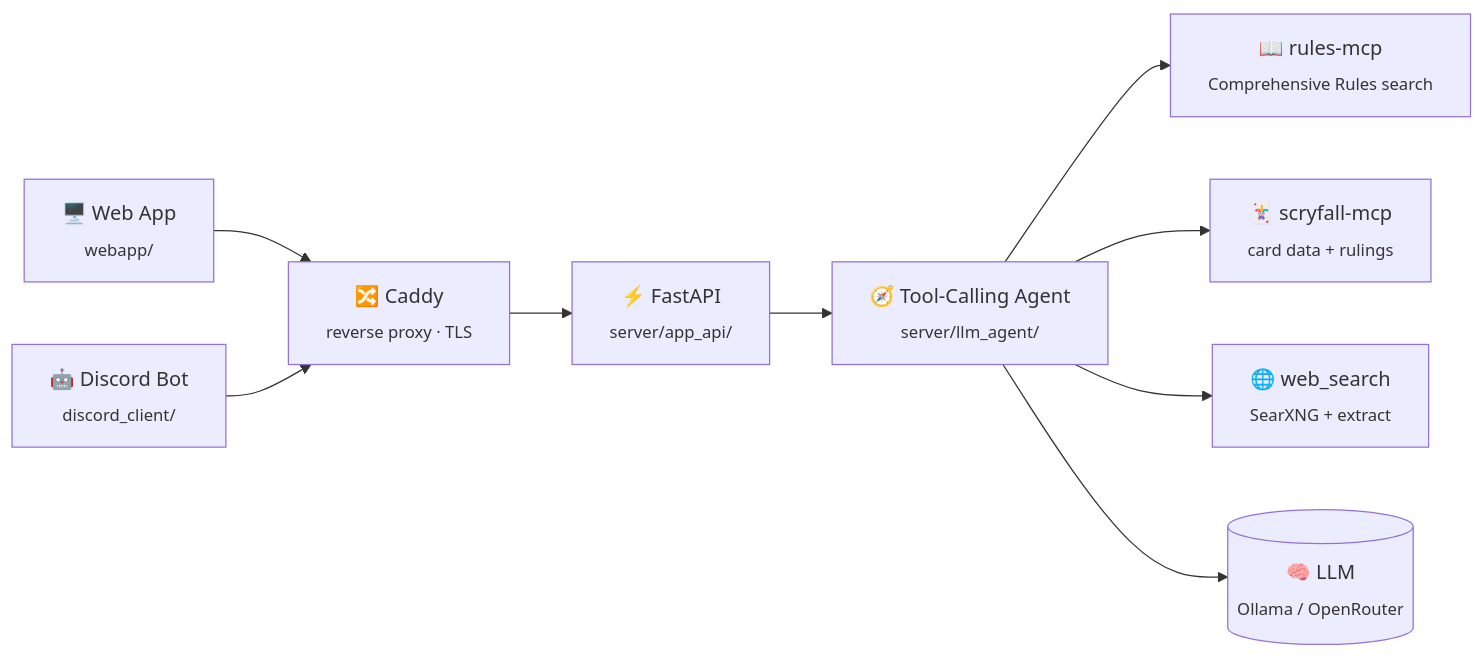
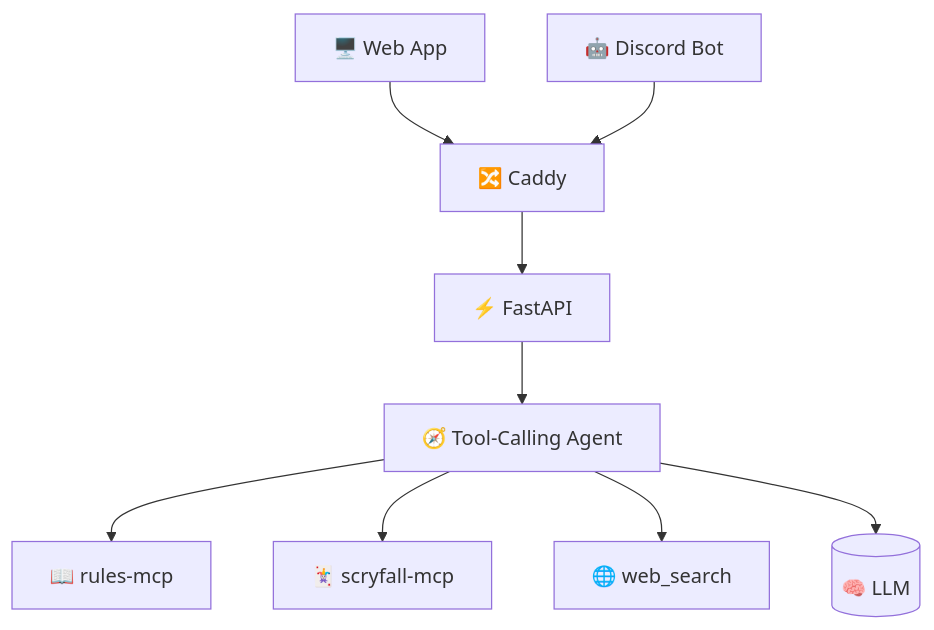
The diagram in README.md (Delta-43/mtg-rules-agent), drawn with Mermaid before and after one commit. The commit also changed other lines of this file, not shown here.

Commit message:
README: simplify architecture diagram to fit without GitHub's overflow controls
The left-to-right layout with long <br/>-separated path sub-labels in
every node made the diagram wider than GitHub's rendered container,
triggering its overflow pan/zoom overlay (drag arrows, zoom +/-, fit-to-
screen) on top of the diagram by default -- and even with that overlay,
the rightmost/bottommost boxes were still clipped.

Switched to a top-down layout with short, single-line node labels (no
sub-text) -- eight compact boxes now render within the normal container
width, so GitHub doesn't need to show the overlay at all. The module
paths that used to live inside each node (webapp/, server/app_api/, etc.)
moved into the paragraph right below the diagram instead, so the mapping
is still spelled out, just not competing for space inside the diagram
itself.

Claude-Session: https://claude.ai/code/session_011zs4diYhAUnTpsjSJZQJfz

````diff
--- a/README.md
+++ b/README.md
@@ -63,17 +63,11 @@
 ```mermaid
-flowchart LR
-    PWA["🖥️ Web App<br/><sub>webapp/</sub>"]
-    Bot["🤖 Discord Bot<br/><sub>discord_client/</sub>"]
-
-    PWA --> Caddy
-    Bot --> Caddy
-    Caddy["🔀 Caddy<br/><sub>reverse proxy · TLS</sub>"] --> API
-
-    API["⚡ FastAPI<br/><sub>server/app_api/</sub>"] --> Agent
-
-    Agent["🧭 Tool-Calling Agent<br/><sub>server/llm_agent/</sub>"]
-    Agent --> Rules["📖 rules-mcp<br/><sub>Comprehensive Rules search</sub>"]
-    Agent --> Scryfall["🃏 scryfall-mcp<br/><sub>card data + rulings</sub>"]
-    Agent --> Search["🌐 web_search<br/><sub>SearXNG + extract</sub>"]
-    Agent --> LLM[("🧠 LLM<br/><sub>Ollama / OpenRouter</sub>")]
+flowchart TD
+    PWA["🖥️ Web App"] --> Caddy["🔀 Caddy"]
+    Bot["🤖 Discord Bot"] --> Caddy
+    Caddy --> API["⚡ FastAPI"]
+    API --> Agent["🧭 Tool-Calling Agent"]
+    Agent --> Rules["📖 rules-mcp"]
+    Agent --> Scryfall["🃏 scryfall-mcp"]
+    Agent --> Search["🌐 web_search"]
+    Agent --> LLM[("🧠 LLM")]
 ```
````
